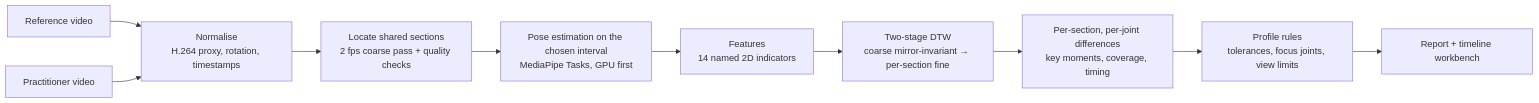
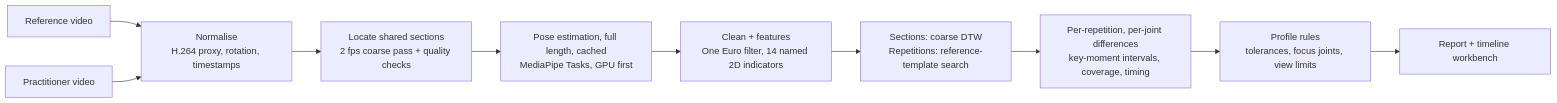
One commit to BMProjects/MotionCoach changed the diagram in README.md. Above: the diagram before and after it, drawn with Mermaid. The commit also changed other lines of this file and 97 other files, not shown here.

````diff
--- a/README.md
+++ b/README.md
@@ -46,12 +53,12 @@
 ```mermaid
 flowchart LR
     A[Reference video] --> N[Normalise<br/>H.264 proxy, rotation, timestamps]
     B[Practitioner video] --> N
     N --> L[Locate shared sections<br/>2 fps coarse pass + quality checks]
-    L --> P[Pose estimation on the chosen interval<br/>MediaPipe Tasks, GPU first]
-    P --> F[Features<br/>14 named 2D indicators]
-    F --> D[Two-stage DTW<br/>coarse mirror-invariant → per-section fine]
-    D --> C[Per-section, per-joint differences<br/>key moments, coverage, timing]
+    L --> P[Pose estimation, full length, cached<br/>MediaPipe Tasks, GPU first]
+    P --> F[Clean + features<br/>One Euro filter, 14 named 2D indicators]
+    F --> D[Sections: coarse DTW<br/>Repetitions: reference-template search]
+    D --> C[Per-repetition, per-joint differences<br/>key-moment intervals, coverage, timing]
     C --> R[Profile rules<br/>tolerances, focus joints, view limits]
     R --> W[Report + timeline workbench]
 ```
````
